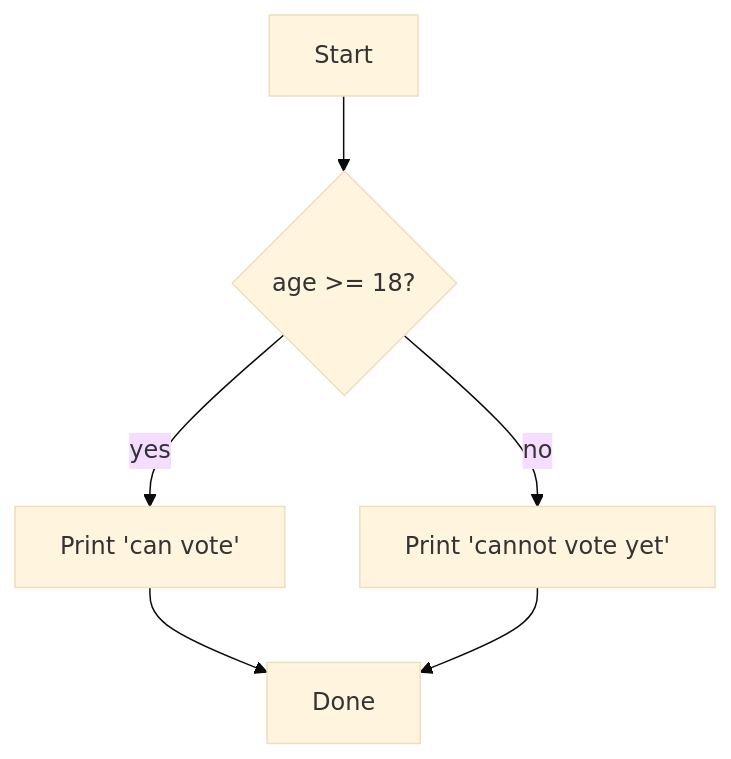
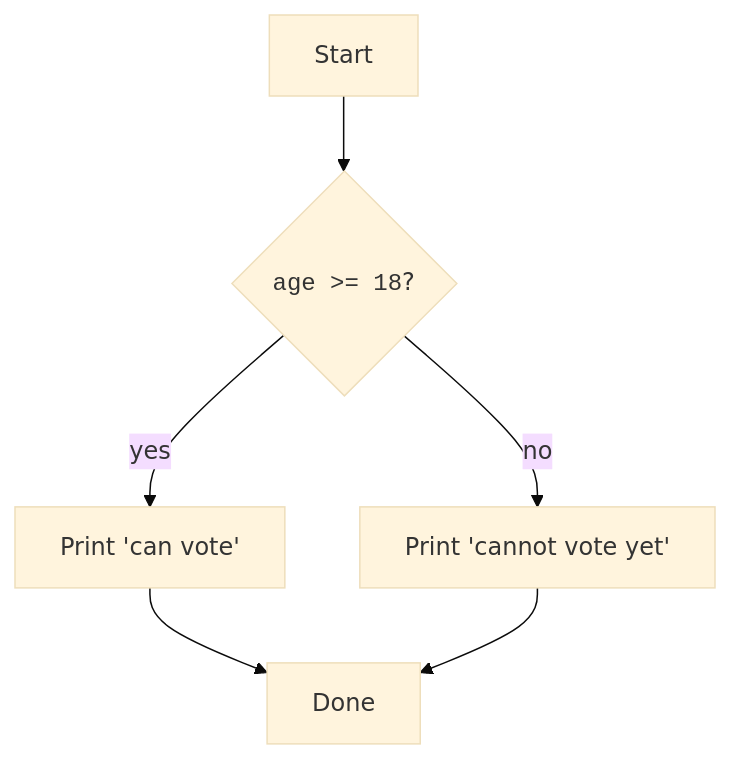
The first of 2 diagrams in content/learn/beginners-javascript/conditionals.mdx (dataslope/dataslope), drawn with Mermaid (base theme) before and after one commit. The commit also changed other lines of this file and 56 other files, not shown here.

````diff
--- a/content/learn/beginners-javascript/conditionals.mdx
+++ b/content/learn/beginners-javascript/conditionals.mdx
@@ -62,8 +62,8 @@
 ```mermaid
 flowchart TD
-    A[Start] --> B{age >= 18?}
+    A[Start] --> B{"<code>age &gt;= 18</code>?"}
     B -- yes --> C["Print 'can vote'"]
     B -- no  --> D["Print 'cannot vote yet'"]
     C --> E[Done]
     D --> E
 ```
````
